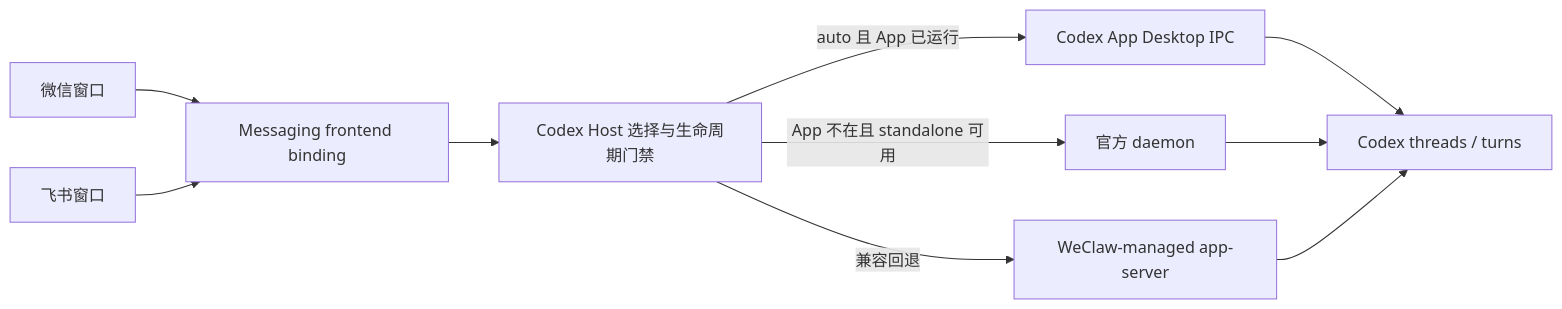
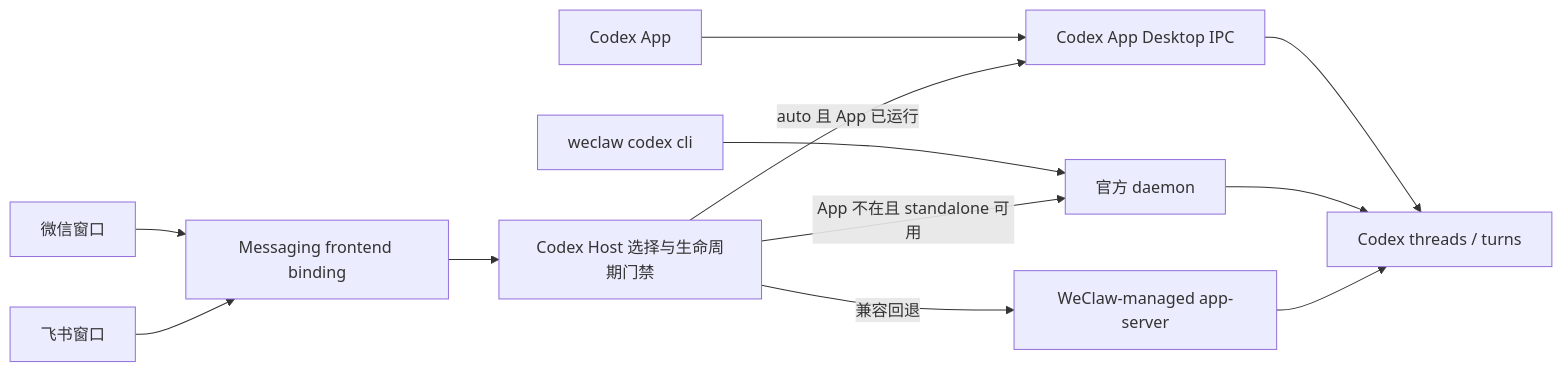
Before and after one commit to TingRuDeng/weclaw: the diagram in docs/superpowers/specs/2026-07-18-codex-single-app-server-design.md, drawn with Mermaid. The commit also changed other lines of this file and 40 other files, not shown here.

````diff
--- a/docs/superpowers/specs/2026-07-18-codex-single-app-server-design.md
+++ b/docs/superpowers/specs/2026-07-18-codex-single-app-server-design.md
@@ -26,12 +28,14 @@
 ```mermaid
 flowchart LR
     W[微信窗口] --> M[Messaging frontend binding]
     F[飞书窗口] --> M
+    A[Codex App] --> D[Codex App Desktop IPC]
+    L[weclaw codex cli] --> O[官方 daemon]
     M --> R[Codex Host 选择与生命周期门禁]
-    R -->|auto 且 App 已运行| D[Codex App Desktop IPC]
-    R -->|App 不在且 standalone 可用| O[官方 daemon]
+    R -->|auto 且 App 已运行| D
+    R -->|App 不在且 standalone 可用| O
     R -->|兼容回退| C[WeClaw-managed app-server]
     D --> T[Codex threads / turns]
     O --> T
     C --> T
 ```
````
